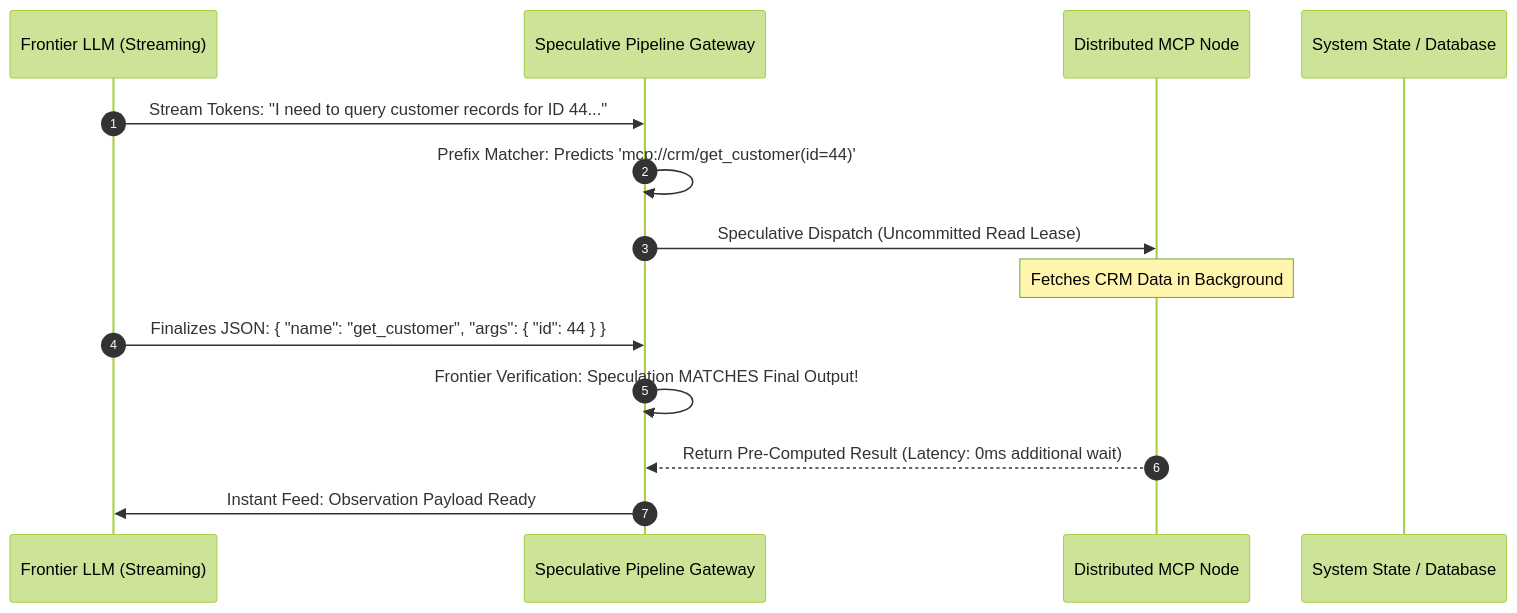
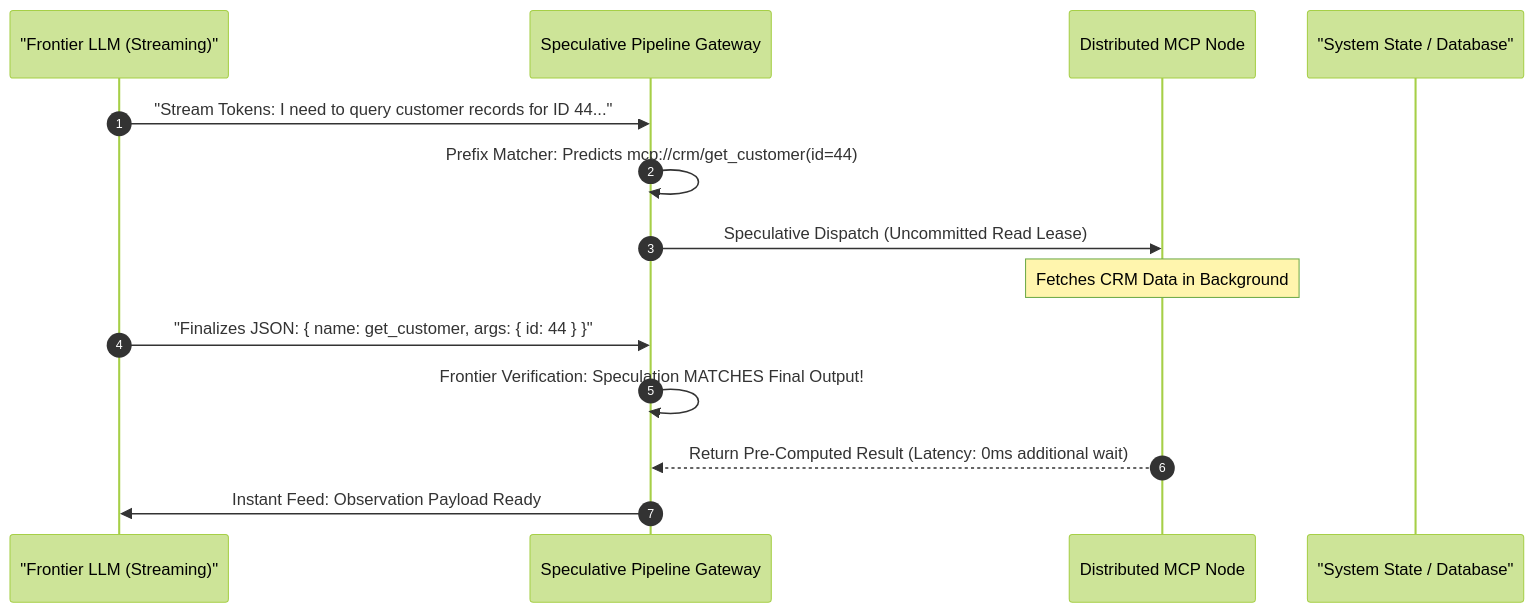
The diagram in case-studies/24-speculative-pre-computation-multi-mcp/README.md (prethiv/Agentic-AI-Case-studies), drawn with Mermaid (forest theme) before and after one commit. The commit also changed 12 other files, not shown here.

Commit message:
fix(mermaid): resolve syntax errors under Mermaid 11.17.2 and add diagram integrity unit tests

````diff
--- a/case-studies/24-speculative-pre-computation-multi-mcp/README.md
+++ b/case-studies/24-speculative-pre-computation-multi-mcp/README.md
@@ -55,17 +55,17 @@
 ```mermaid
 sequenceDiagram
     autonumber
-    participant LLM as Frontier LLM (Streaming)
+    participant LLM as "Frontier LLM (Streaming)"
     participant Pipe as Speculative Pipeline Gateway
     participant MCP as Distributed MCP Node
-    participant DB as System State / Database
+    participant DB as "System State / Database"
 
-    LLM->>Pipe: Stream Tokens: "I need to query customer records for ID 44..."
-    Pipe->>Pipe: Prefix Matcher: Predicts 'mcp://crm/get_customer(id=44)'
+    LLM->>Pipe: "Stream Tokens: I need to query customer records for ID 44..."
+    Pipe->>Pipe: Prefix Matcher: Predicts mcp://crm/get_customer(id=44)
     Pipe->>MCP: Speculative Dispatch (Uncommitted Read Lease)
     Note over MCP: Fetches CRM Data in Background
-    LLM->>Pipe: Finalizes JSON: { "name": "get_customer", "args": { "id": 44 } }
+    LLM->>Pipe: "Finalizes JSON: { name: get_customer, args: { id: 44 } }"
     Pipe->>Pipe: Frontier Verification: Speculation MATCHES Final Output!
     MCP-->>Pipe: Return Pre-Computed Result (Latency: 0ms additional wait)
     Pipe->>LLM: Instant Feed: Observation Payload Ready
 ```
````
